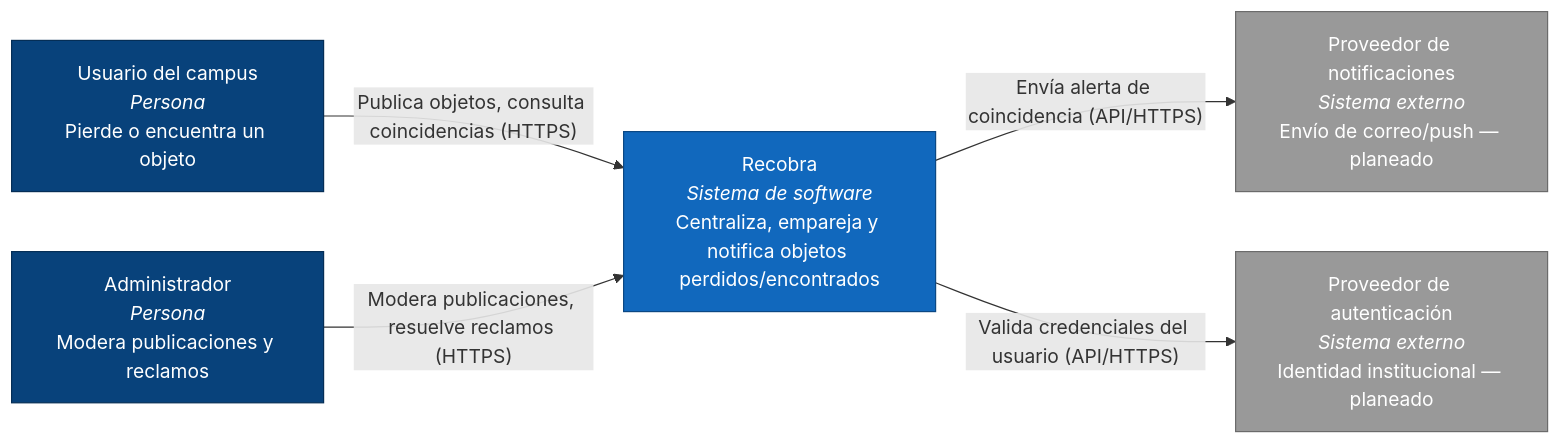
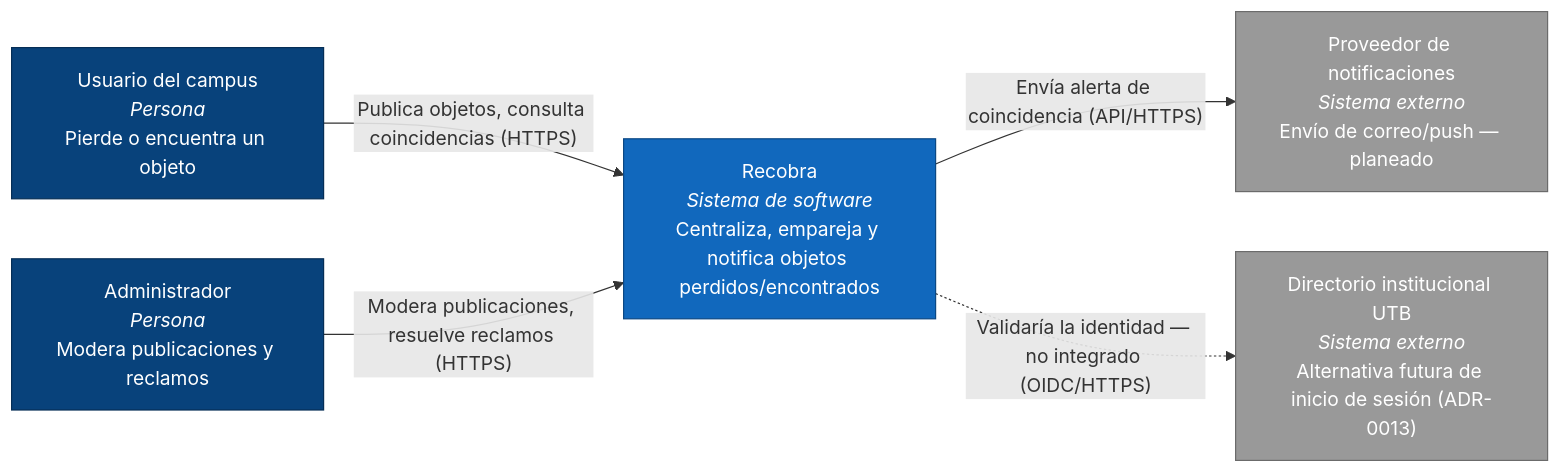
Before and after one commit to ISCOUTB/AS_202620_Recobra: the diagram in docs/c4/C4-C1.md, drawn with Mermaid. The commit also changed other lines of this file and 12 other files, not shown here.

````diff
--- a/docs/c4/C4-C1.md
+++ b/docs/c4/C4-C1.md
@@ -7,21 +7,21 @@
 ```mermaid
 flowchart LR
     usuario["Usuario del campus<br/><i>Persona</i><br/>Pierde o encuentra un objeto"]
     admin["Administrador<br/><i>Persona</i><br/>Modera publicaciones y reclamos"]
     recobra["Recobra<br/><i>Sistema de software</i><br/>Centraliza, empareja y notifica objetos perdidos/encontrados"]
     notif["Proveedor de notificaciones<br/><i>Sistema externo</i><br/>Envío de correo/push — planeado"]
-    auth["Proveedor de autenticación<br/><i>Sistema externo</i><br/>Identidad institucional — planeado"]
+    auth["Directorio institucional UTB<br/><i>Sistema externo</i><br/>Alternativa futura de inicio de sesión (ADR-0013)"]
 
     usuario -->|"Publica objetos, consulta coincidencias (HTTPS)"| recobra
     admin -->|"Modera publicaciones, resuelve reclamos (HTTPS)"| recobra
     recobra -->|"Envía alerta de coincidencia (API/HTTPS)"| notif
-    recobra -->|"Valida credenciales del usuario (API/HTTPS)"| auth
+    recobra -.->|"Validaría la identidad — no integrado (OIDC/HTTPS)"| auth
 
     classDef persona fill:#08427b,color:#fff,stroke:#052e56;
     classDef sistema fill:#1168bd,color:#fff,stroke:#0b4884;
     classDef externo fill:#999999,color:#fff,stroke:#6b6b6b;
 
     class usuario,admin persona;
     class recobra sistema;
     class notif,auth externo;
 ```
````
